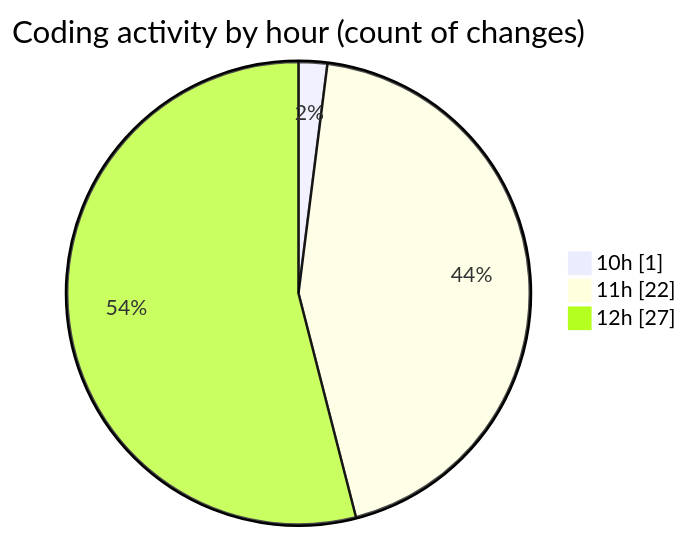
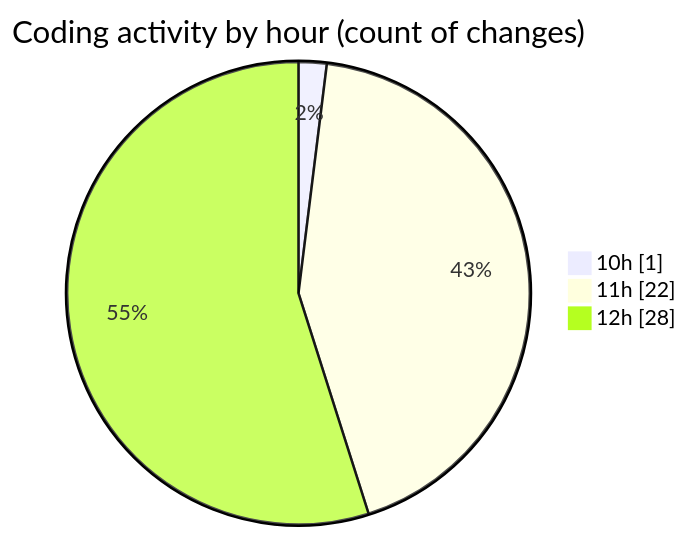
The second of 2 diagrams in 2025-07-27/nxtqube_webapp/README.md (nxtqubesakshisongat/code-tracking), drawn with Mermaid before and after one commit. The commit also changed other lines of this file and 1 other file, not shown here.

````diff
--- a/2025-07-27/nxtqube_webapp/README.md
+++ b/2025-07-27/nxtqube_webapp/README.md
@@ -33,7 +33,7 @@
 ```mermaid
 pie showData
 title Coding activity by hour (count of changes)
 "10h" : 1
 "11h" : 22
-"12h" : 27
+"12h" : 28
 ```
````
